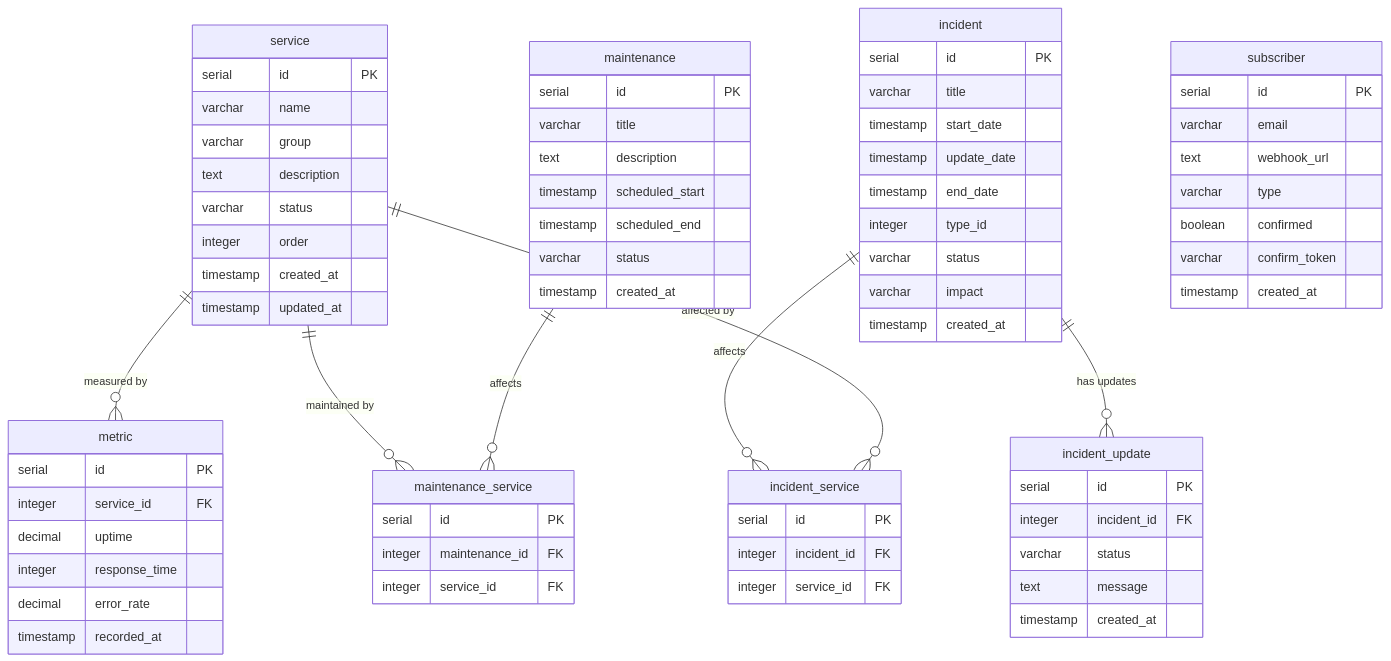
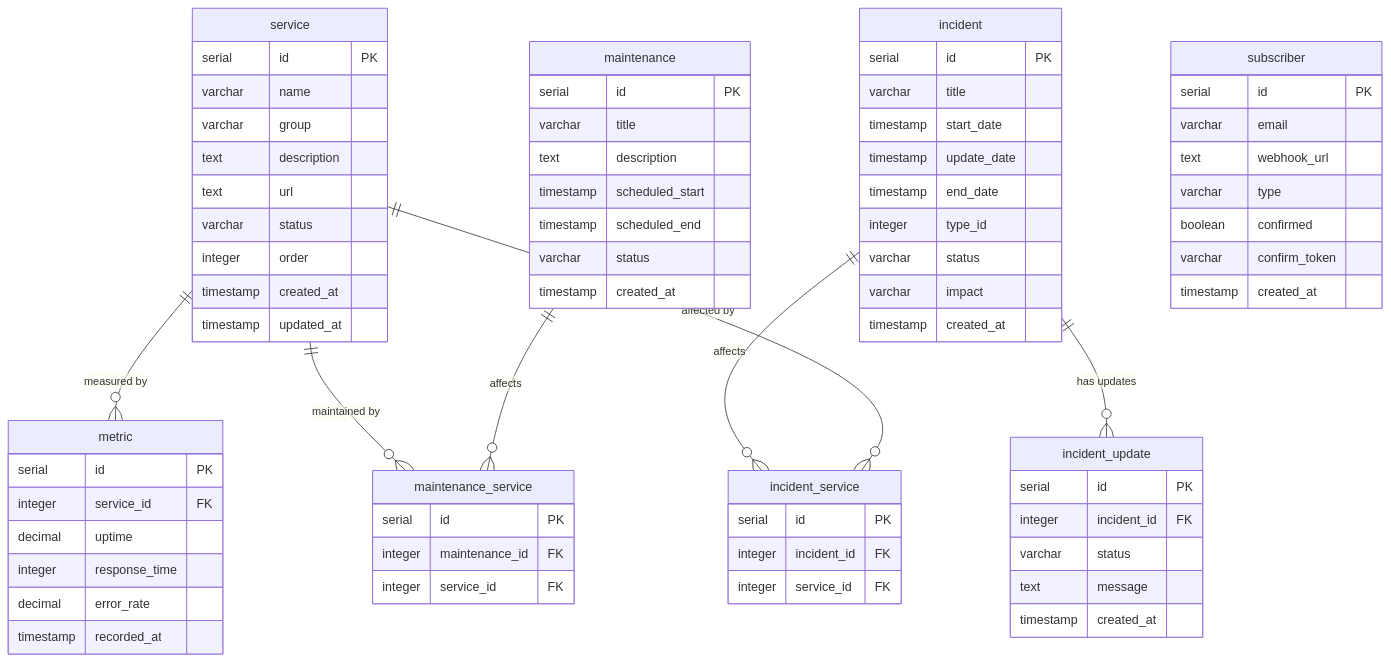
Before and after one commit to nasqueron/servpulse: the fourth of 6 diagrams in docs/architecture.md, drawn with Mermaid. The commit also changed other lines of this file and 27 other files, not shown here.

````diff
--- a/docs/architecture.md
+++ b/docs/architecture.md
@@ -147,81 +152,82 @@
 ```mermaid
 erDiagram
     service {
         serial id PK
         varchar name
         varchar group
         text description
+        text url
         varchar status
         integer order
         timestamp created_at
         timestamp updated_at
     }
 
     incident {
         serial id PK
         varchar title
         timestamp start_date
         timestamp update_date
         timestamp end_date
         integer type_id
         varchar status
         varchar impact
         timestamp created_at
     }
 
     incident_update {
         serial id PK
         integer incident_id FK
         varchar status
         text message
         timestamp created_at
     }
 
     incident_service {
         serial id PK
         integer incident_id FK
         integer service_id FK
     }
 
     maintenance {
         serial id PK
         varchar title
         text description
         timestamp scheduled_start
         timestamp scheduled_end
         varchar status
         timestamp created_at
     }
 
     maintenance_service {
         serial id PK
         integer maintenance_id FK
         integer service_id FK
     }
 
     metric {
         serial id PK
         integer service_id FK
         decimal uptime
         integer response_time
         decimal error_rate
         timestamp recorded_at
     }
 
     subscriber {
         serial id PK
         varchar email
         text webhook_url
         varchar type
         boolean confirmed
         varchar confirm_token
         timestamp created_at
     }
 
     incident ||--o{ incident_update : "has updates"
     incident ||--o{ incident_service : "affects"
     service ||--o{ incident_service : "affected by"
     service ||--o{ metric : "measured by"
     service ||--o{ maintenance_service : "maintained by"
     maintenance ||--o{ maintenance_service : "affects"
 ```
````
